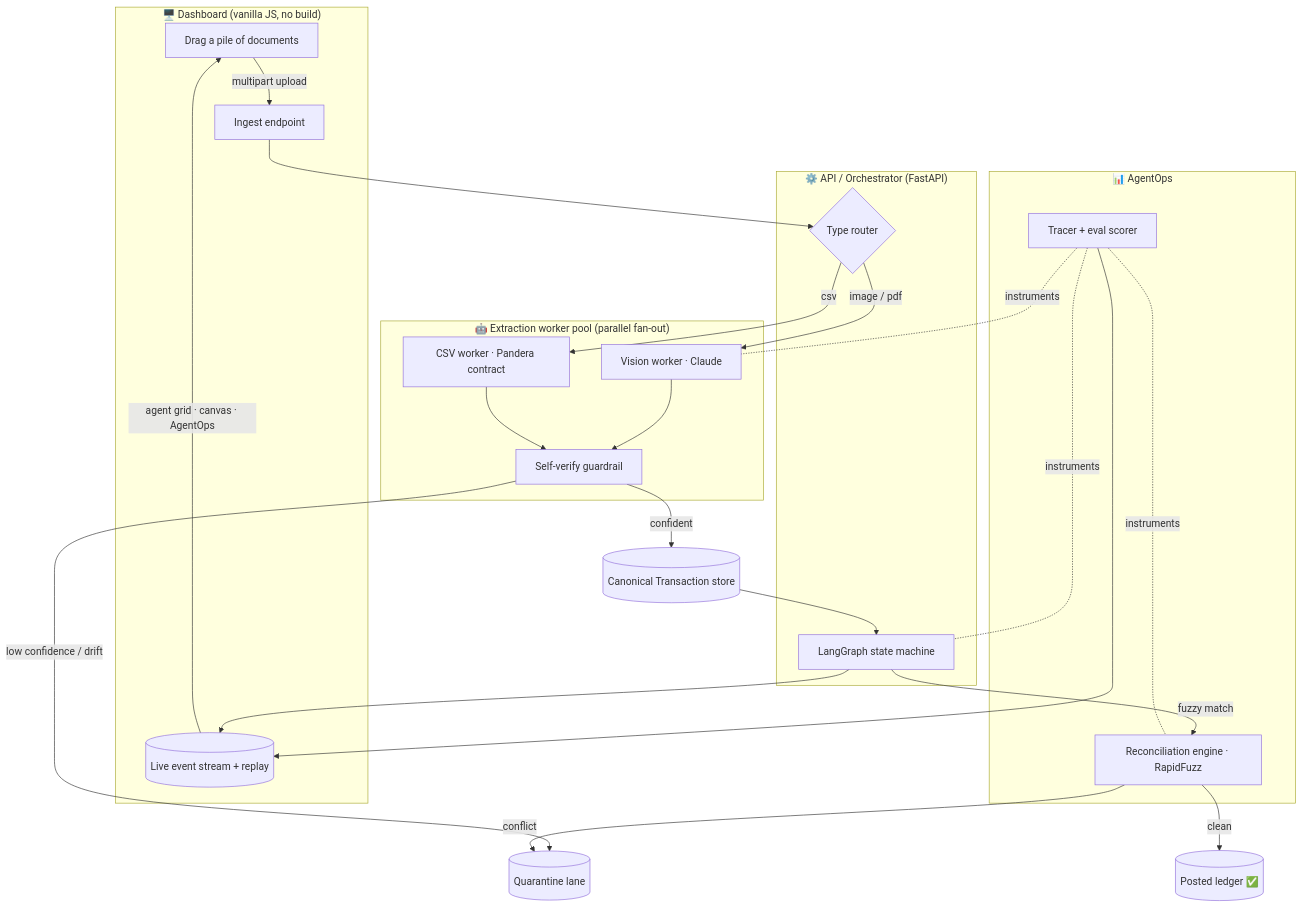
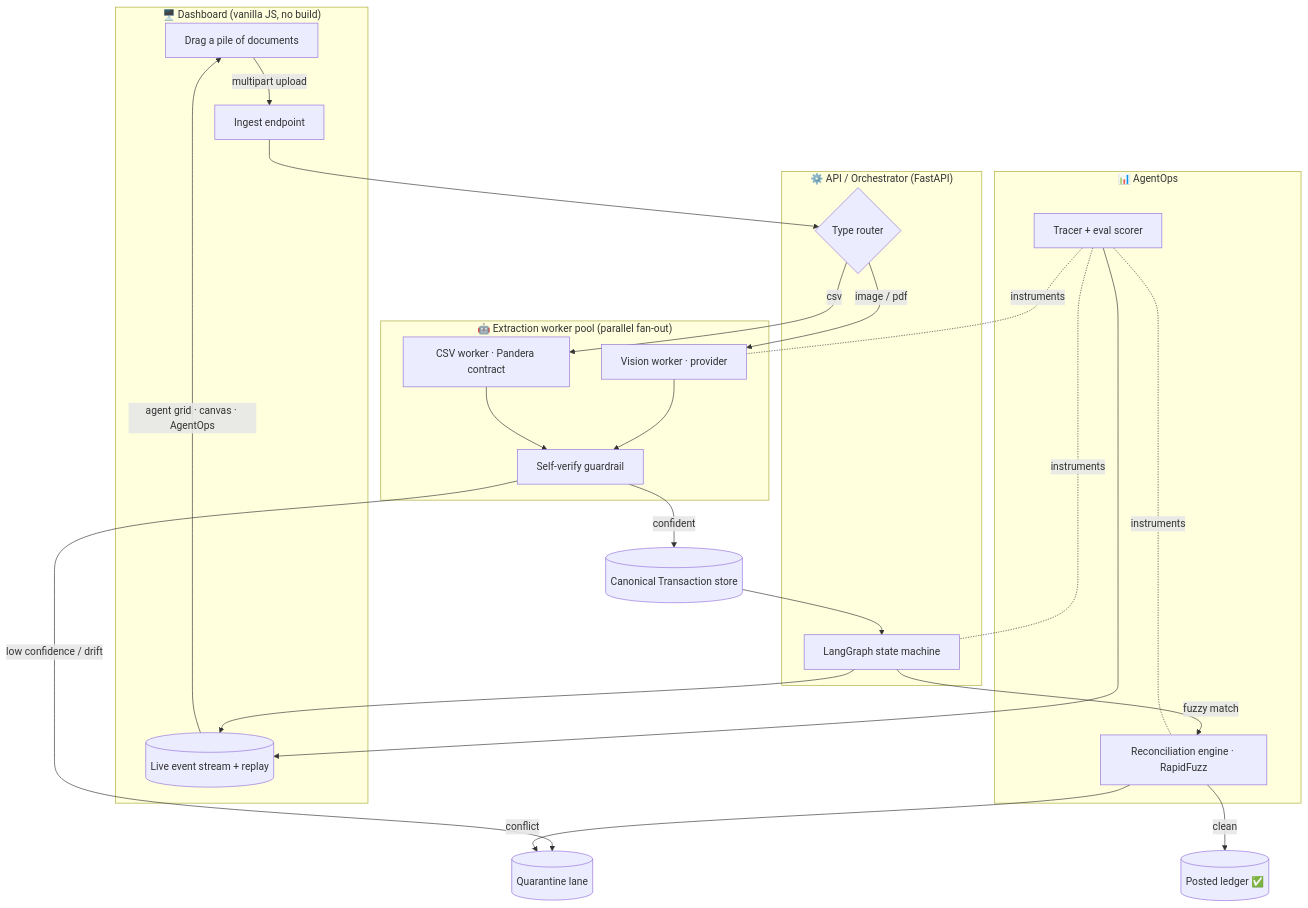
Before and after one commit to mhussam-ai/ledger-sentinel: the first of 6 diagrams in ARCHITECTURE.md, drawn with Mermaid. The commit also changed other lines of this file and 23 other files, not shown here.

````diff
--- a/ARCHITECTURE.md
+++ b/ARCHITECTURE.md
@@ -44,33 +44,33 @@
 ```mermaid
 flowchart TB
     subgraph Client["🖥️ Dashboard (vanilla JS, no build)"]
         U[Drag a pile of documents] -->|multipart upload| API
         SSE[(Live event stream + replay)] -->|agent grid · canvas · AgentOps| U
     end
 
     subgraph Edge["⚙️ API / Orchestrator (FastAPI)"]
         API[Ingest endpoint] --> ROUTER{Type router}
         ORCH[LangGraph state machine] --> SSE
     end
 
     subgraph Workers["🤖 Extraction worker pool (parallel fan-out)"]
-        ROUTER -->|image / pdf| VIS[Vision worker · Claude]
+        ROUTER -->|image / pdf| VIS[Vision worker · provider]
         ROUTER -->|csv| CSVW[CSV worker · Pandera contract]
         VIS --> VERIFY[Self-verify guardrail]
         CSVW --> VERIFY
     end
 
     VERIFY -->|confident| STORE[(Canonical Transaction store)]
     VERIFY -->|low confidence / drift| QSTORE[(Quarantine lane)]
     STORE --> ORCH
     ORCH -->|fuzzy match| RECON[Reconciliation engine · RapidFuzz]
     RECON -->|conflict| QSTORE
     RECON -->|clean| POSTED[(Posted ledger ✅)]
 
     subgraph Obs["📊 AgentOps"]
         TRACE[Tracer + eval scorer] -.instruments.- VIS
         TRACE -.instruments.- RECON
         TRACE -.instruments.- ORCH
         TRACE --> SSE
     end
 ```
````
